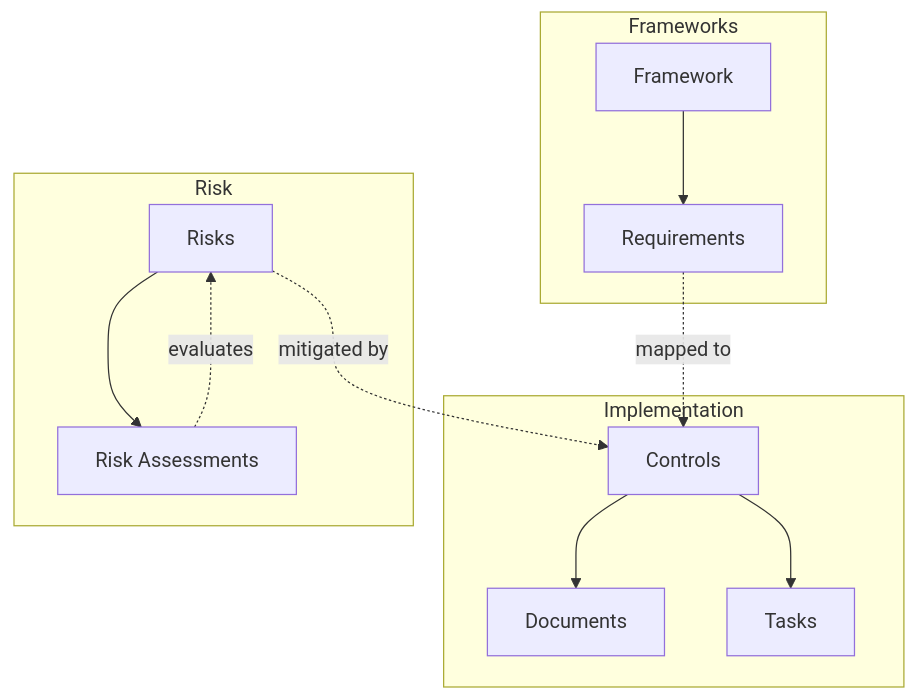
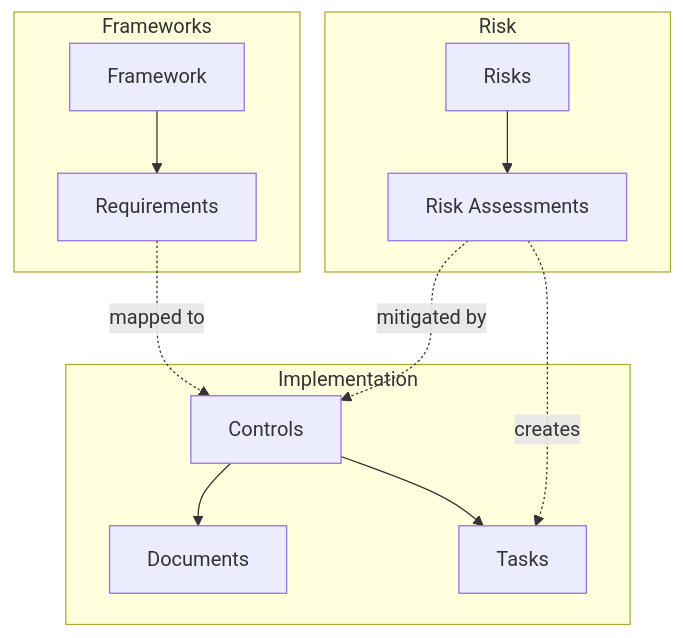
The diagram in docs/getting-started/key-concepts.md (tekve/gover-docs), drawn with Mermaid before and after one commit. The commit also changed 3 other files, not shown here.

Commit message:
Fix mermaid: Risk -> Assessment -> Controls/Tasks

````diff
--- a/docs/getting-started/key-concepts.md
+++ b/docs/getting-started/key-concepts.md
@@ -11,16 +11,16 @@
 ```mermaid
 flowchart TB
     subgraph Frameworks
         F[Framework] --> R[Requirements]
     end
     subgraph Implementation
         C[Controls] --> D[Documents]
         C --> T[Tasks]
     end
     subgraph Risk
         RI[Risks] --> RA[Risk Assessments]
     end
     R -.->|mapped to| C
-    RI -.->|mitigated by| C
-    RA -.->|evaluates| RI
+    RA -.->|mitigated by| C
+    RA -.->|creates| T
 ```
````
